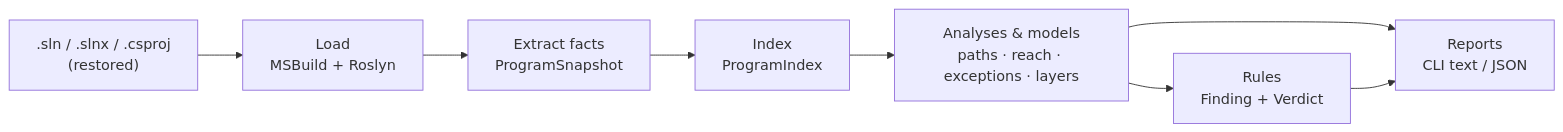
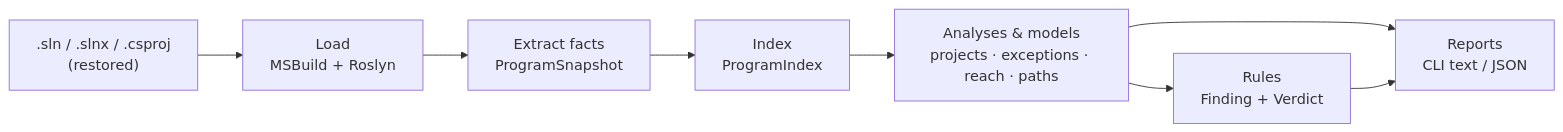
The diagram in docs/overview.md (stadtaev/sharpview), drawn with Mermaid before and after one commit. The commit also changed other lines of this file and 43 other files, not shown here.

Commit message:
Replace layers with an MSBuild project map and split exceptions into four views

````diff
--- a/docs/overview.md
+++ b/docs/overview.md
@@ -13,10 +13,10 @@
 ```mermaid
 flowchart LR
     A[".sln / .slnx / .csproj<br/>(restored)"] --> B["Load<br/>MSBuild + Roslyn"]
     B --> C["Extract facts<br/>ProgramSnapshot"]
     C --> D["Index<br/>ProgramIndex"]
-    D --> E["Analyses & models<br/>paths · reach · exceptions · layers"]
+    D --> E["Analyses & models<br/>projects · exceptions · reach · paths"]
     E --> F["Rules<br/>Finding + Verdict"]
     E --> G["Reports<br/>CLI text / JSON"]
     F --> G
 ```
````
